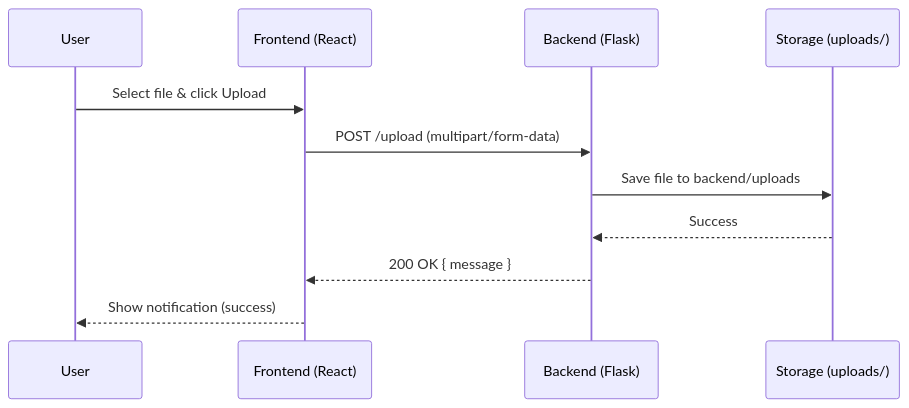
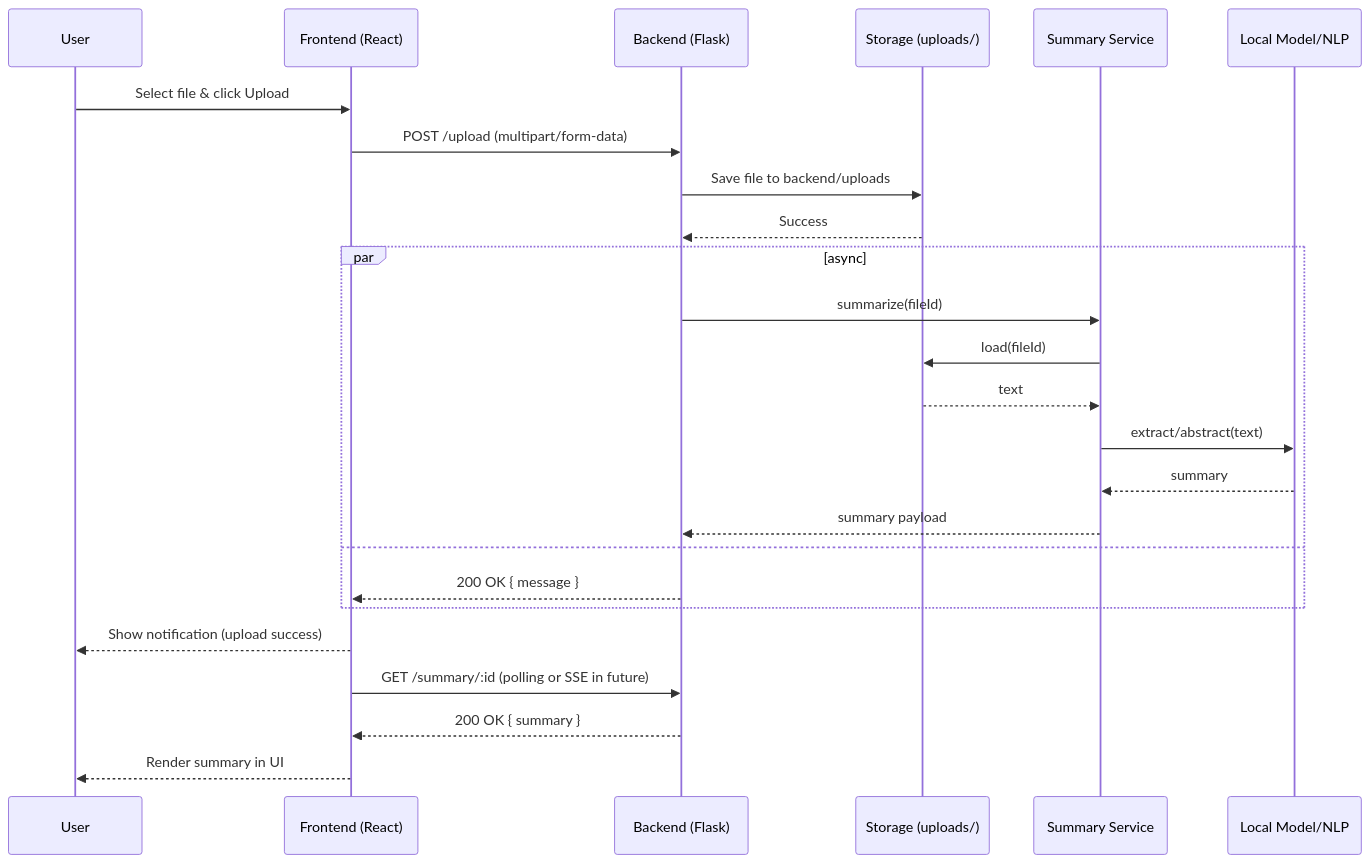
The diagram in docs/diagrams/sequence-upload.mmd (Naru-03/AI-Medical-History-Summary-Generator), drawn with Mermaid before and after one commit. The commit also changed 1 other file, not shown here.

```diff
--- a/docs/diagrams/sequence-upload.mmd
+++ b/docs/diagrams/sequence-upload.mmd
@@ -1,12 +1,26 @@
 sequenceDiagram
   participant U as User
   participant F as Frontend (React)
   participant B as Backend (Flask)
   participant S as Storage (uploads/)
+  participant Y as Summary Service
+  participant M as Local Model/NLP
 
   U->>F: Select file & click Upload
   F->>B: POST /upload (multipart/form-data)
   B->>S: Save file to backend/uploads
   S-->>B: Success
-  B-->>F: 200 OK { message }
-  F-->>U: Show notification (success)
+  par async
+    B->>Y: summarize(fileId)
+    Y->>S: load(fileId)
+    S-->>Y: text
+    Y->>M: extract/abstract(text)
+    M-->>Y: summary
+    Y-->>B: summary payload
+  and
+    B-->>F: 200 OK { message }
+  end
+  F-->>U: Show notification (upload success)
+  F->>B: GET /summary/:id (polling or SSE in future)
+  B-->>F: 200 OK { summary }
+  F-->>U: Render summary in UI
```
